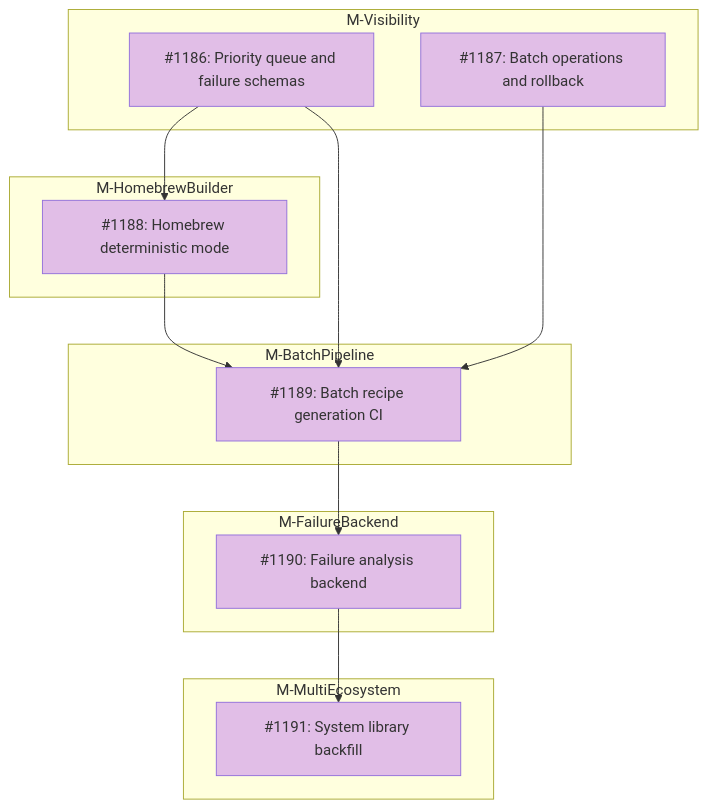
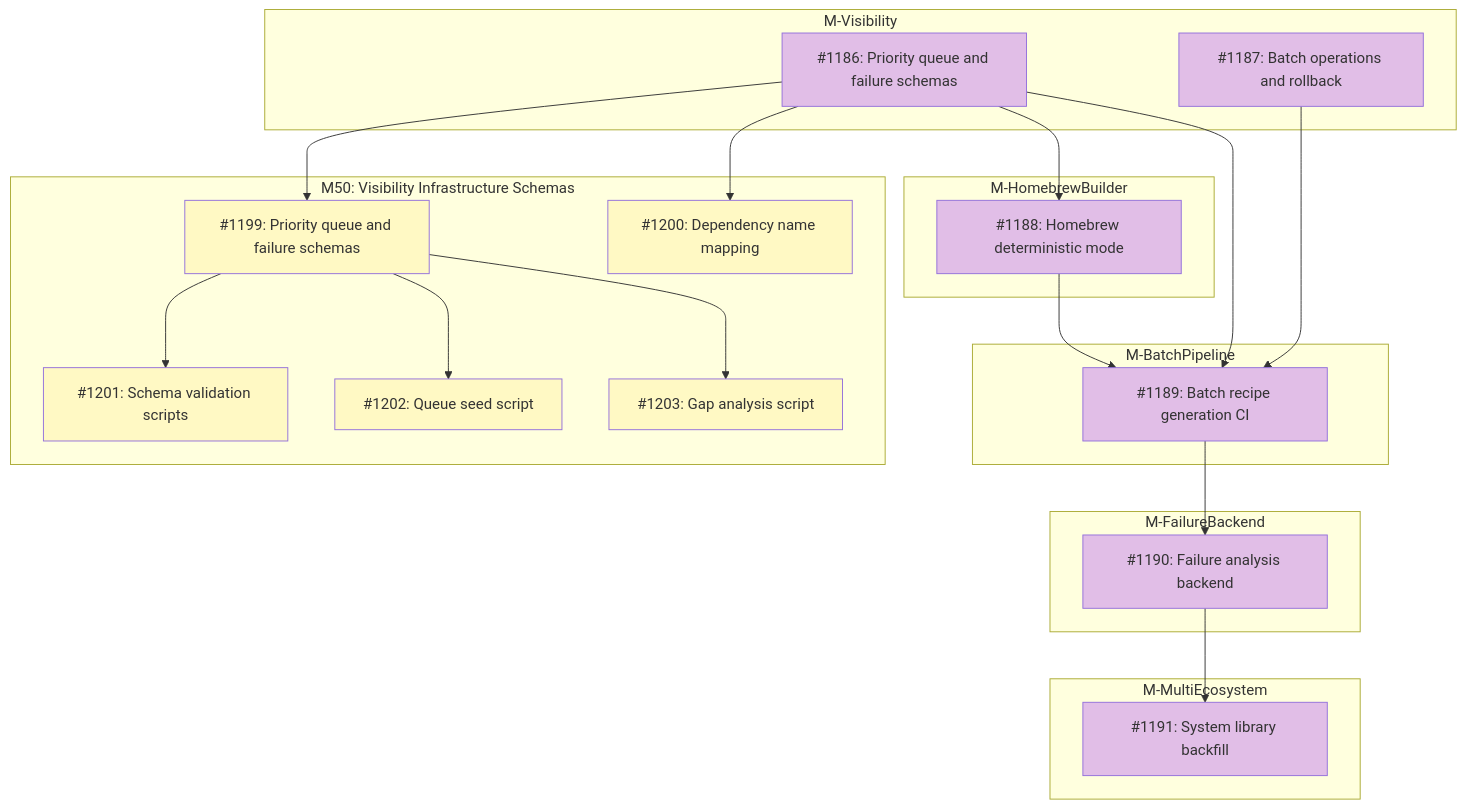
The diagram in docs/designs/DESIGN-registry-scale-strategy.md (tsukumogami/tsuku), drawn with Mermaid before and after one commit. The commit also changed other lines of this file, not shown here.

Commit message:
docs(registry-scale): add M50 implementation issues to dependency graph
Add M50: Visibility Infrastructure Schemas milestone with its 5 issues
(#1199-#1203) to the Implementation Issues section and dependency diagram.
These implement the tactical design from #1186.

````diff
--- a/docs/designs/DESIGN-registry-scale-strategy.md
+++ b/docs/designs/DESIGN-registry-scale-strategy.md
@@ -49,38 +59,53 @@
 ```mermaid
 graph TD
     subgraph M_Visibility["M-Visibility"]
         I1186["#1186: Priority queue and failure schemas"]
         I1187["#1187: Batch operations and rollback"]
+    end
+
+    subgraph M50["M50: Visibility Infrastructure Schemas"]
+        I1199["#1199: Priority queue and failure schemas"]
+        I1200["#1200: Dependency name mapping"]
+        I1201["#1201: Schema validation scripts"]
+        I1202["#1202: Queue seed script"]
+        I1203["#1203: Gap analysis script"]
     end
 
     subgraph M_HomebrewBuilder["M-HomebrewBuilder"]
         I1188["#1188: Homebrew deterministic mode"]
     end
 
     subgraph M_BatchPipeline["M-BatchPipeline"]
         I1189["#1189: Batch recipe generation CI"]
     end
 
     subgraph M_FailureBackend["M-FailureBackend"]
         I1190["#1190: Failure analysis backend"]
     end
 
     subgraph M_MultiEcosystem["M-MultiEcosystem"]
         I1191["#1191: System library backfill"]
     end
 
+    I1186 --> I1199
+    I1186 --> I1200
+    I1199 --> I1201
+    I1199 --> I1202
+    I1199 --> I1203
     I1186 --> I1188
     I1186 --> I1189
     I1187 --> I1189
     I1188 --> I1189
     I1189 --> I1190
     I1190 --> I1191
 
     classDef done fill:#c8e6c9
     classDef ready fill:#bbdefb
     classDef blocked fill:#fff9c4
     classDef needsDesign fill:#e1bee7
 
     class I1186,I1187 needsDesign
+    class I1199,I1200 blocked
+    class I1201,I1202,I1203 blocked
     class I1188,I1189,I1190,I1191 needsDesign
 ```
````
